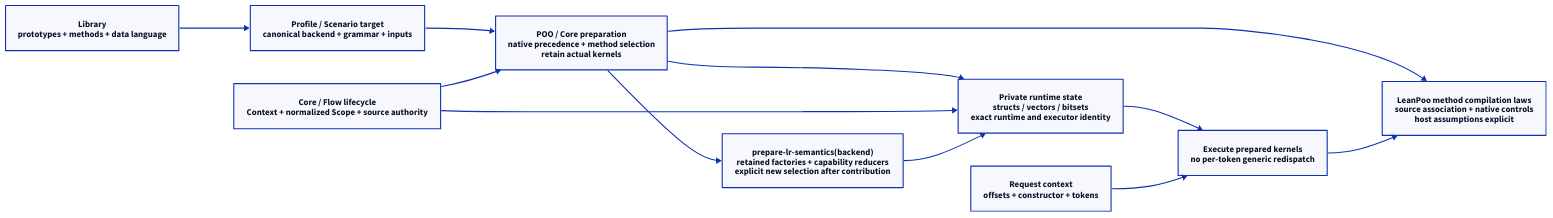
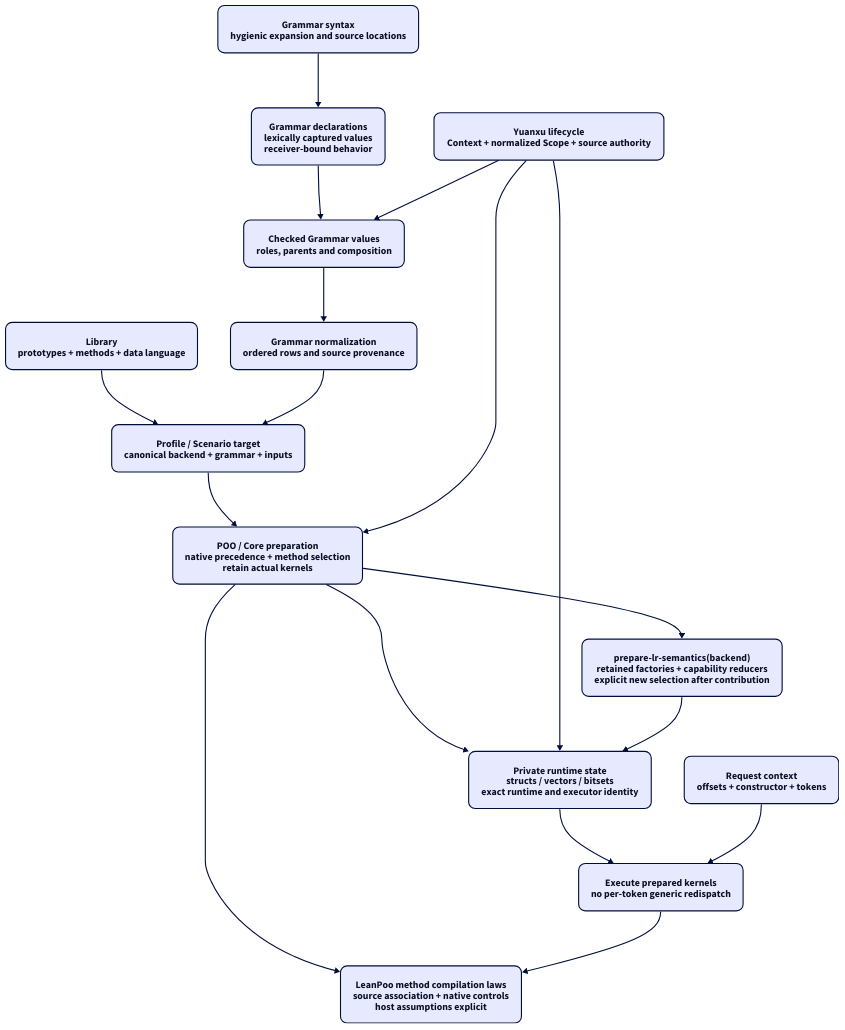
Before and after one commit to tao3k/gerbil-parser: the diagram in docs/architecture/poo-engine.d2, drawn with D2. The commit also changed 1 other file, not shown here.

Commit message:
Preserve the active PR architecture model and figure source

```diff
--- a/docs/architecture/poo-engine.d2
+++ b/docs/architecture/poo-engine.d2
@@ -1,19 +1,41 @@
-direction: right
+direction: down
+vars: {
+  d2-config: {
+    theme-id: 3
+    pad: 32
+  }
+}
+classes: {
+  boundary: {
+    style: {
+      border-radius: 12
+      font-size: 18
+    }
+  }
+}
+*: {class: boundary}
 library: "Library\nprototypes + methods + data language"
 selection: "Profile / Scenario target\ncanonical backend + grammar + inputs"
 prepare: "POO / Core preparation\nnative precedence + method selection\nretain actual kernels"
 state: "Private runtime state\nstructs / vectors / bitsets\nexact runtime and executor identity"
 request: "Request context\noffsets + constructor + tokens"
 execute: "Execute prepared kernels\nno per-token generic redispatch"
 proof: "LeanPoo method compilation laws\nsource association + native controls\nhost assumptions explicit"
 library -> selection -> prepare -> state
 state -> execute
 request -> execute
 prepare -> proof
 execute -> proof
-lifecycle: "Core / Flow lifecycle\nContext + normalized Scope + source authority"
+lifecycle: "Yuanxu lifecycle\nContext + normalized Scope + source authority"
 lifecycle -> prepare
 lifecycle -> state
 
 selection_result: "prepare-lr-semantics(backend)\nretained factories + capability reducers\nexplicit new selection after contribution"
 prepare -> selection_result -> state
+
+declarations: "Grammar declarations\nlexically captured values\nreceiver-bound behavior"
+syntax: "Grammar syntax\nhygienic expansion and source locations"
+admission: "Checked Grammar values\nroles, parents and composition"
+normalization: "Grammar normalization\nordered rows and source provenance"
+syntax -> declarations -> admission -> normalization -> selection
+lifecycle -> admission
```
